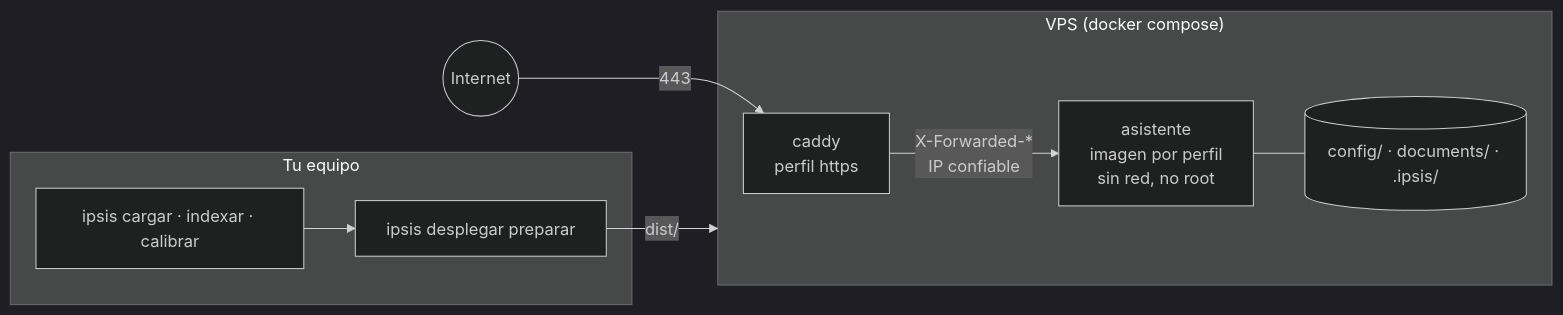
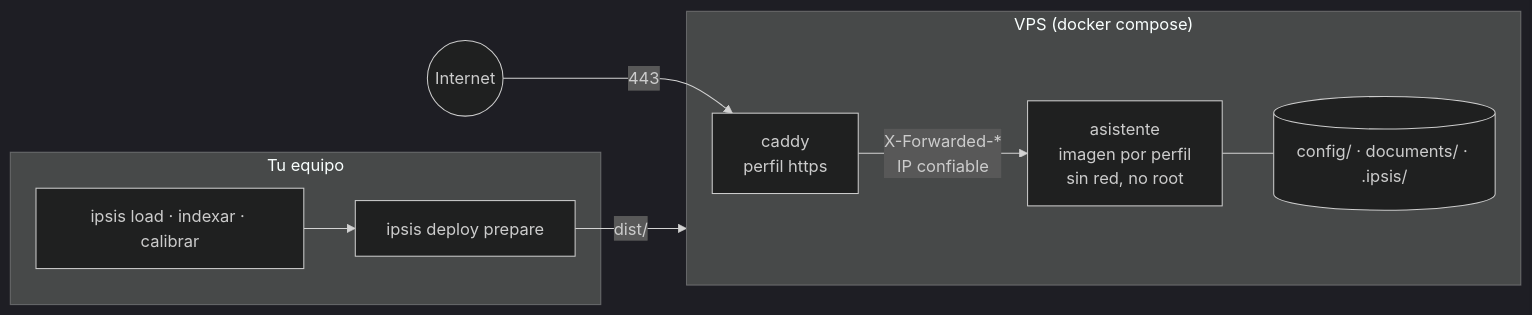
Before and after one commit to ClaudioH19/ipsis: the sixth of 6 diagrams in docs/arquitectura.md, drawn with Mermaid (dark theme). The commit also changed other lines of this file and 103 other files, not shown here.

````diff
--- a/docs/arquitectura.md
+++ b/docs/arquitectura.md
@@ -266,12 +266,12 @@
 ```mermaid
 flowchart LR
     subgraph Equipo["Tu equipo"]
-        R1["ipsis cargar · indexar · calibrar"] --> R2["ipsis desplegar preparar"]
+        R1["ipsis load · indexar · calibrar"] --> R2["ipsis deploy prepare"]
     end
     R2 -- "dist/" --> VPS
     subgraph VPS["VPS (docker compose)"]
         CA["caddy<br/>perfil https"] -- "X-Forwarded-*<br/>IP confiable" --> AS["asistente<br/>imagen por perfil<br/>sin red, no root"]
         AS --- V[("config/ · documents/ · .ipsis/")]
     end
     Internet((Internet)) -- "443" --> CA
 ```
````
